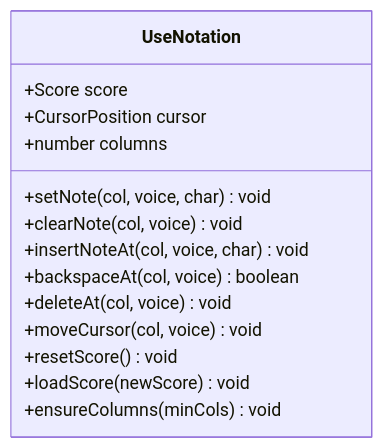
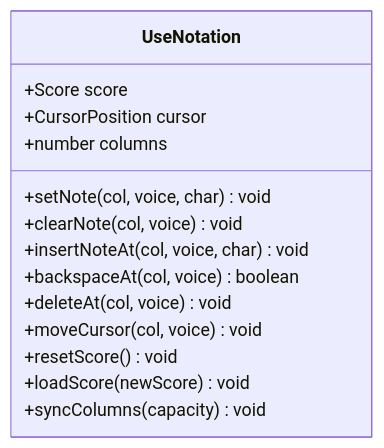
One commit to wingmeng/SUBOR-Music-Board changed the third of 7 diagrams in wiki/API参考文档/组合式函数API/组合式函数API.md. Above: the diagram before and after it, drawn with Mermaid. The commit also changed other lines of this file and 45 other files, not shown here.

````diff
--- a/wiki/API参考文档/组合式函数API/组合式函数API.md
+++ b/wiki/API参考文档/组合式函数API/组合式函数API.md
@@ -179,17 +179,17 @@
 ```mermaid
 classDiagram
 class UseNotation {
 +Score score
 +CursorPosition cursor
 +number columns
 +setNote(col, voice, char) void
 +clearNote(col, voice) void
 +insertNoteAt(col, voice, char) void
 +backspaceAt(col, voice) boolean
 +deleteAt(col, voice) void
 +moveCursor(col, voice) void
 +resetScore() void
 +loadScore(newScore) void
-+ensureColumns(minCols) void
++syncColumns(capacity) void
 }
 ```
````
